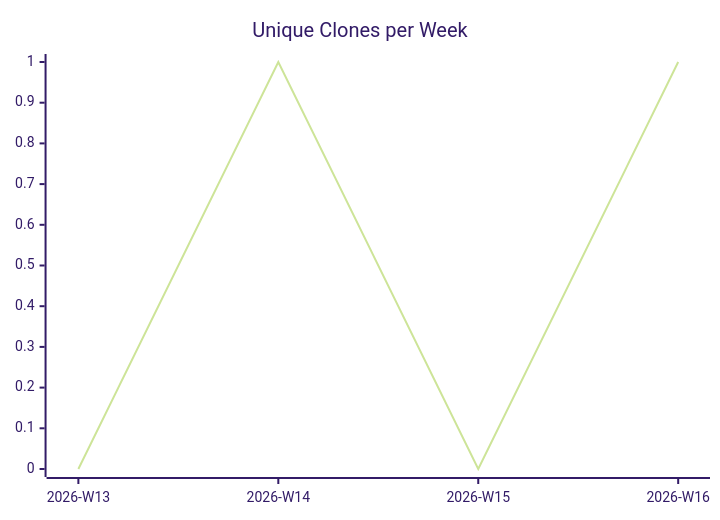
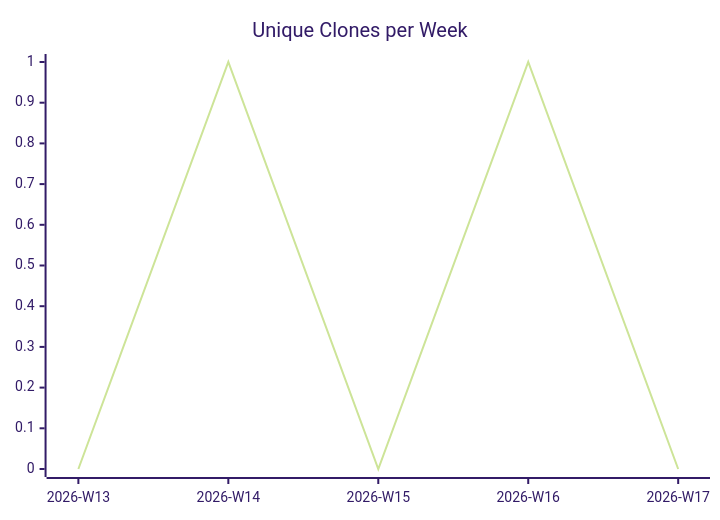
One commit to justdavis-family/github-analytics-data changed the third of 3 diagrams in karlmdavis/ansible-role-ldap/README.md. Above: the diagram before and after it, drawn with Mermaid (forest theme). The commit also changed other lines of this file and 192 other files, not shown here.

````diff
--- a/karlmdavis/ansible-role-ldap/README.md
+++ b/karlmdavis/ansible-role-ldap/README.md
@@ -19,6 +19,6 @@
 ```mermaid
 xychart-beta
   title "Unique Clones per Week"
-  x-axis ["2026-W13", "2026-W14", "2026-W15", "2026-W16"]
-  line [0, 1, 0, 1]
+  x-axis ["2026-W13", "2026-W14", "2026-W15", "2026-W16", "2026-W17"]
+  line [0, 1, 0, 1, 0]
 ```
````
